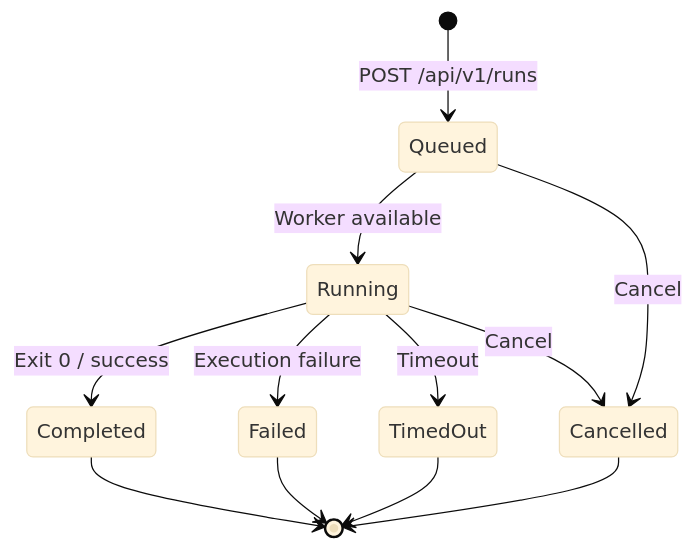
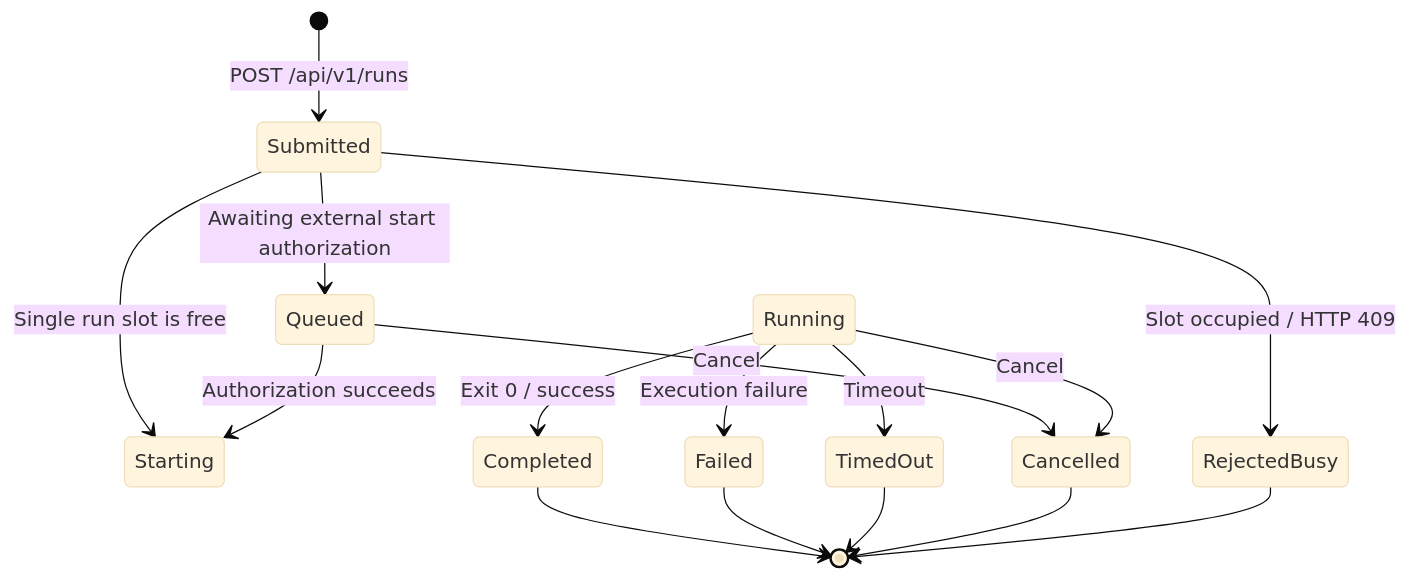
Before and after one commit to CyanAutomation/kaseki-agent: the second of 7 diagrams in docs/KASEKI-AGENT-LIFECYCLE-DIAGRAMS.md, drawn with Mermaid (base theme). The commit also changed other lines of this file and 50 other files, not shown here.

````diff
--- a/docs/KASEKI-AGENT-LIFECYCLE-DIAGRAMS.md
+++ b/docs/KASEKI-AGENT-LIFECYCLE-DIAGRAMS.md
@@ -92,18 +97,22 @@
 ```mermaid
 stateDiagram-v2
-    [*] --> Queued: POST /api/v1/runs
+    [*] --> Submitted: POST /api/v1/runs
 
-    Queued --> Running: Worker available
+    Submitted --> Starting: Single run slot is free
+    Submitted --> RejectedBusy: Slot occupied / HTTP 409
+    Submitted --> Queued: Awaiting external start authorization
+    Queued --> Starting: Authorization succeeds
 
     Queued --> Cancelled: Cancel
 
     Running --> Completed: Exit 0 / success
     Running --> Failed: Execution failure
     Running --> TimedOut: Timeout
     Running --> Cancelled: Cancel
 
     Completed --> [*]
     Failed --> [*]
     TimedOut --> [*]
     Cancelled --> [*]
+    RejectedBusy --> [*]
 ```
````
